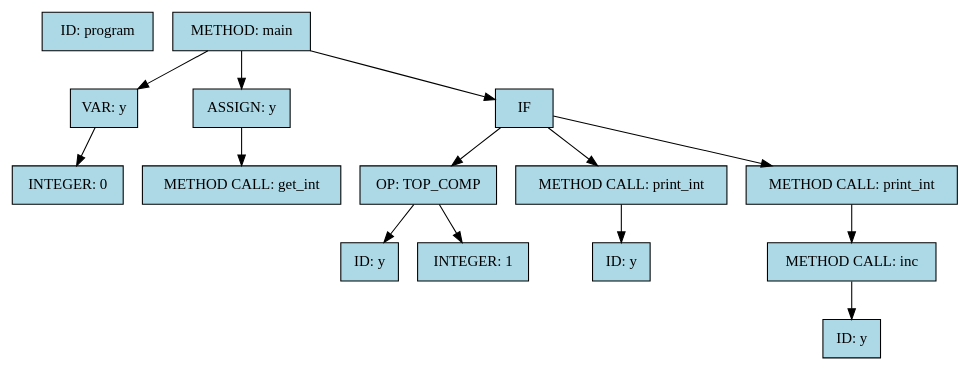
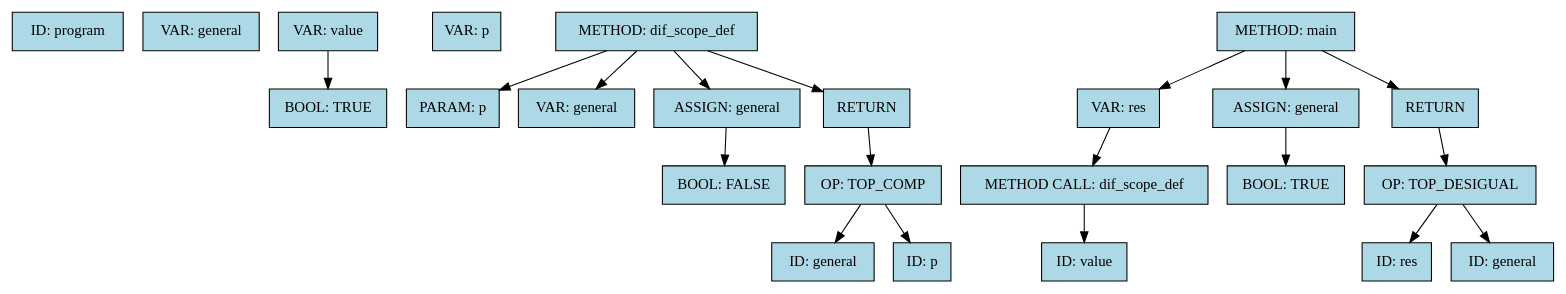
One commit to joaquinmezzano/proyecto-compiladores changed the diagram in ast.dot. Above: the diagram before and after it, drawn with Graphviz. The commit also changed 4 other files, not shown here.

```diff
--- a/ast.dot
+++ b/ast.dot
@@ -1,32 +1,46 @@
 digraph AST {
   rankdir=TB;
   node [shape=box, style=filled, fillcolor=lightblue];
   "n0" [label="ID: program"];
-  "n1" [label="METHOD: main"];
-  "n2" [label="VAR: y"];
-  "n1" -> "n2";
-  "n3" [label="INTEGER: 0"];
+  "n1" [label="VAR: general"];
+  "n2" [label="VAR: value"];
+  "n3" [label="BOOL: TRUE"];
   "n2" -> "n3";
-  "n4" [label="ASSIGN: y"];
-  "n1" -> "n4";
-  "n5" [label="METHOD CALL: get_int"];
-  "n4" -> "n5";
-  "n6" [label="IF"];
-  "n1" -> "n6";
-  "n7" [label="OP: TOP_COMP"];
-  "n6" -> "n7";
-  "n8" [label="ID: y"];
-  "n7" -> "n8";
-  "n9" [label="INTEGER: 1"];
-  "n7" -> "n9";
-  "n10" [label="METHOD CALL: print_int"];
-  "n6" -> "n10";
-  "n11" [label="ID: y"];
+  "n4" [label="VAR: p"];
+  "n5" [label="METHOD: dif_scope_def"];
+  "n6" [label="PARAM: p"];
+  "n5" -> "n6";
+  "n7" [label="VAR: general"];
+  "n5" -> "n7";
+  "n8" [label="ASSIGN: general"];
+  "n5" -> "n8";
+  "n9" [label="BOOL: FALSE"];
+  "n8" -> "n9";
+  "n10" [label="RETURN"];
+  "n5" -> "n10";
+  "n11" [label="OP: TOP_COMP"];
   "n10" -> "n11";
-  "n12" [label="METHOD CALL: print_int"];
-  "n6" -> "n12";
-  "n13" [label="METHOD CALL: inc"];
-  "n12" -> "n13";
-  "n14" [label="ID: y"];
-  "n13" -> "n14";
+  "n12" [label="ID: general"];
+  "n11" -> "n12";
+  "n13" [label="ID: p"];
+  "n11" -> "n13";
+  "n14" [label="METHOD: main"];
+  "n15" [label="VAR: res"];
+  "n14" -> "n15";
+  "n16" [label="METHOD CALL: dif_scope_def"];
+  "n15" -> "n16";
+  "n17" [label="ID: value"];
+  "n16" -> "n17";
+  "n18" [label="ASSIGN: general"];
+  "n14" -> "n18";
+  "n19" [label="BOOL: TRUE"];
+  "n18" -> "n19";
+  "n20" [label="RETURN"];
+  "n14" -> "n20";
+  "n21" [label="OP: TOP_DESIGUAL"];
+  "n20" -> "n21";
+  "n22" [label="ID: res"];
+  "n21" -> "n22";
+  "n23" [label="ID: general"];
+  "n21" -> "n23";
 }
```
